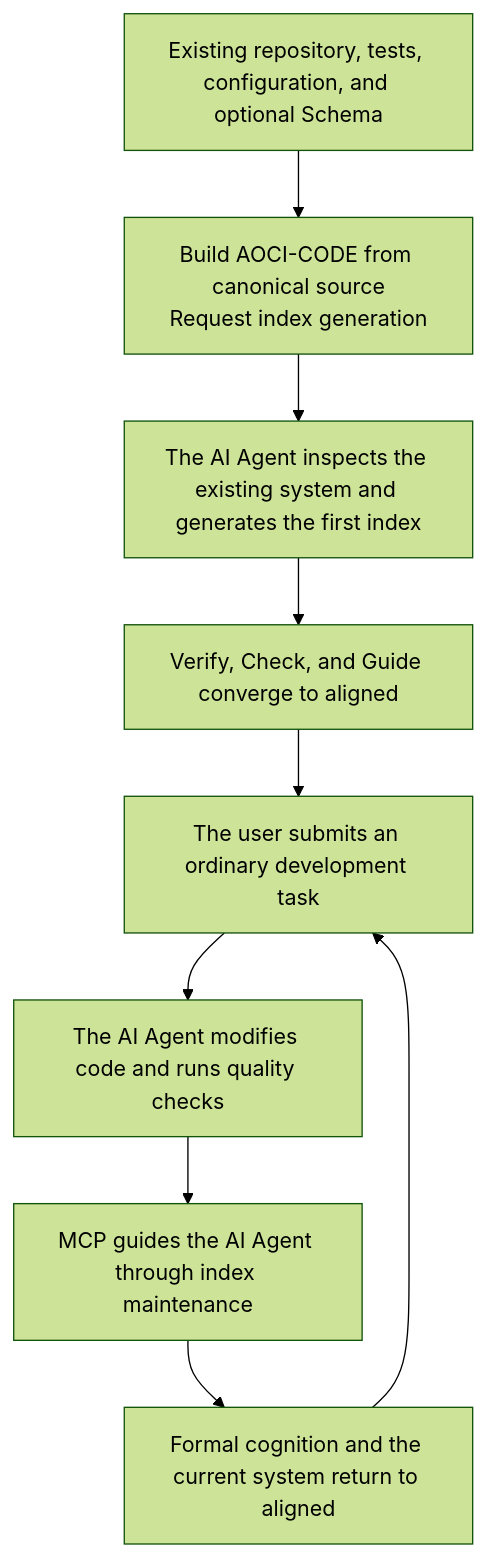
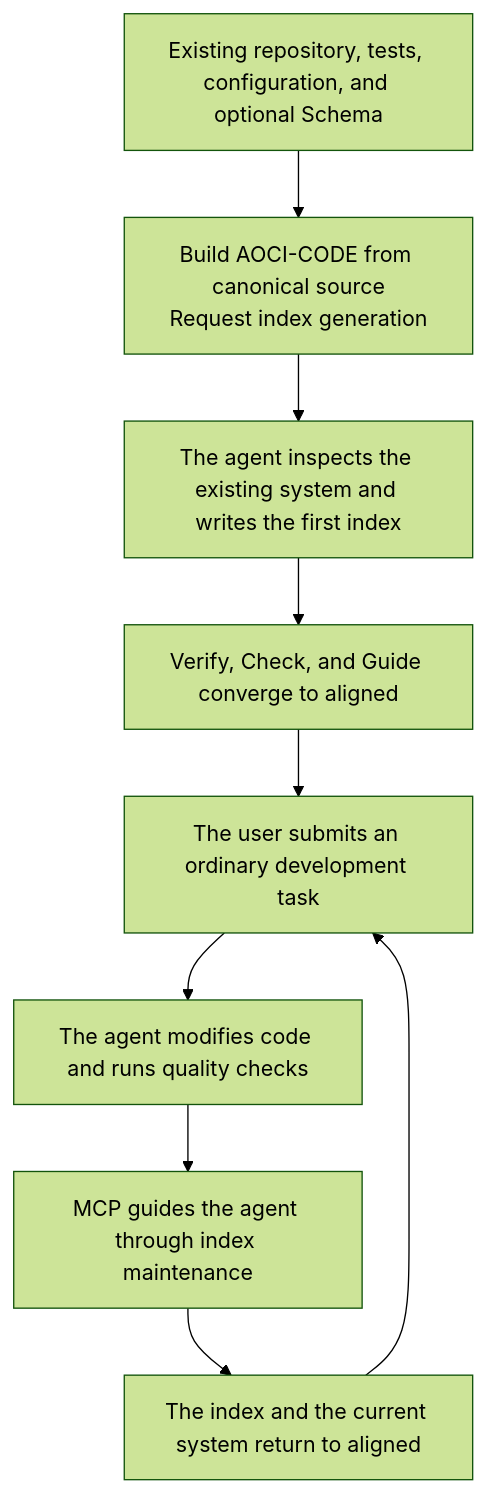
Before and after one commit to aoci-spec/aoci-code: the second of 2 diagrams in README.md, drawn with Mermaid (forest theme). The commit also changed other lines of this file and 2 other files, not shown here.

````diff
--- a/README.md
+++ b/README.md
@@ -338,11 +334,11 @@
 ```mermaid
 flowchart TD
     R["Existing repository, tests, configuration, and optional Schema"] --> B["Build AOCI-CODE from canonical source<br/>Request index generation"]
-    B --> E["The AI Agent inspects the existing system and generates the first index"]
+    B --> E["The agent inspects the existing system and writes the first index"]
     E --> V["Verify, Check, and Guide converge to aligned"]
     V --> T["The user submits an ordinary development task"]
-    T --> C["The AI Agent modifies code and runs quality checks"]
-    C --> U["MCP guides the AI Agent through index maintenance"]
-    U --> G["Formal cognition and the current system return to aligned"]
+    T --> C["The agent modifies code and runs quality checks"]
+    C --> U["MCP guides the agent through index maintenance"]
+    U --> G["The index and the current system return to aligned"]
     G --> T
 ```
````
